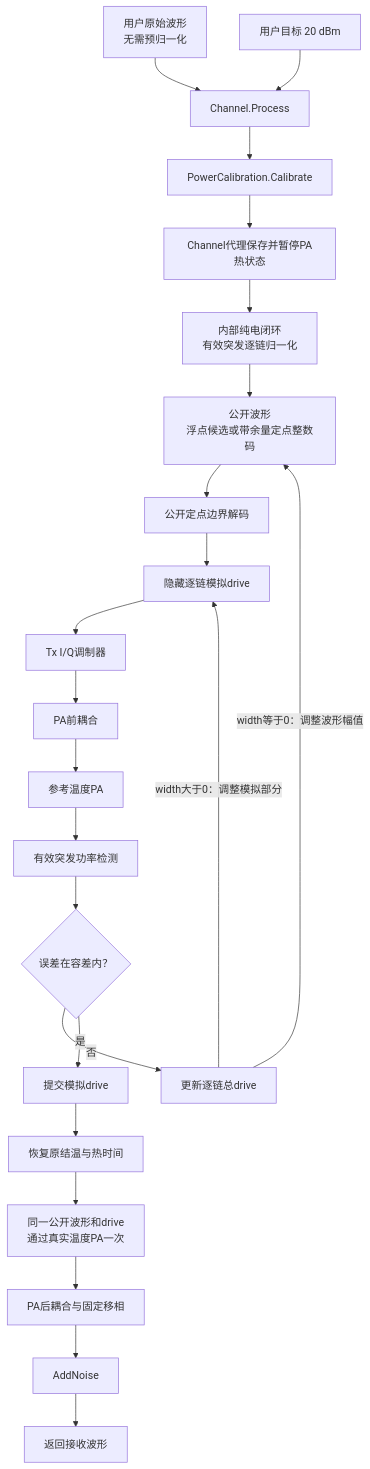
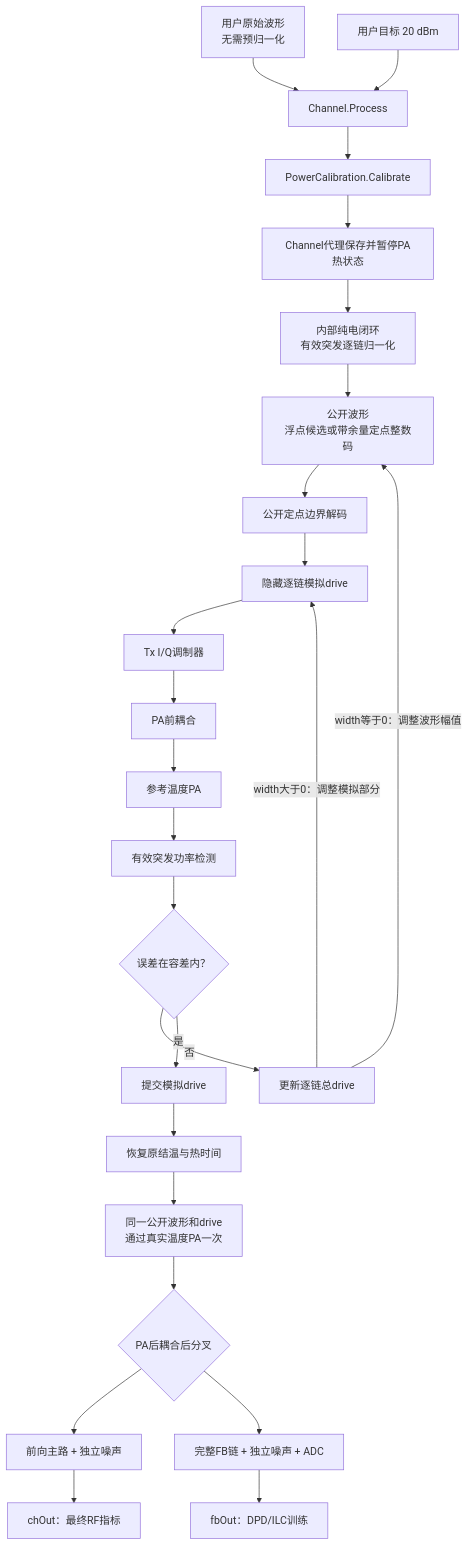
Before and after one commit to niyilu45/DPD_ILC: the eighth of 9 diagrams in doc/Channel.md, drawn with Mermaid. The commit also changed other lines of this file and 19 other files, not shown here.

Commit message:
Return channel and feedback outputs

````diff
--- a/doc/Channel.md
+++ b/doc/Channel.md
@@ -2101,25 +2122,27 @@
 ```mermaid
 flowchart TD
     original["用户原始波形<br/>无需预归一化"] --> process["Channel.Process"]
     target["用户目标 20 dBm"] --> process
     process --> calibrate["PowerCalibration.Calibrate"]
     calibrate --> suspend["Channel代理保存并暂停PA热状态"]
     suspend --> normalize["内部纯电闭环<br/>有效突发逐链归一化"]
     normalize --> publicWave["公开波形<br/>浮点候选或带余量定点整数码"]
     publicWave --> decode["公开定点边界解码"]
     decode --> analogDrive["隐藏逐链模拟drive"]
     analogDrive --> txIq["Tx I/Q调制器"]
     txIq --> preCoupling["PA前耦合"]
     preCoupling --> pa["参考温度PA"]
     pa --> detector["有效突发功率检测"]
     detector --> decision{"误差在容差内？"}
     decision -->|否| update["更新逐链总drive"]
     update -->|width等于0：调整波形幅值| publicWave
     update -->|width大于0：调整模拟部分| analogDrive
     decision -->|是| commit["提交模拟drive"]
     commit --> restore["恢复原结温与热时间"]
     restore --> livePa["同一公开波形和drive<br/>通过真实温度PA一次"]
-    livePa --> phase["PA后耦合与固定移相"]
-    phase --> noise["AddNoise"]
-    noise --> receiver["返回接收波形"]
+    livePa --> branch{"PA后耦合后分叉"}
+    branch --> forward["前向主路 + 独立噪声"]
+    branch --> feedback["完整FB链 + 独立噪声 + ADC"]
+    forward --> channelOutput["chOut：最终RF指标"]
+    feedback --> feedbackOutput["fbOut：DPD/ILC训练"]
 ```
````
